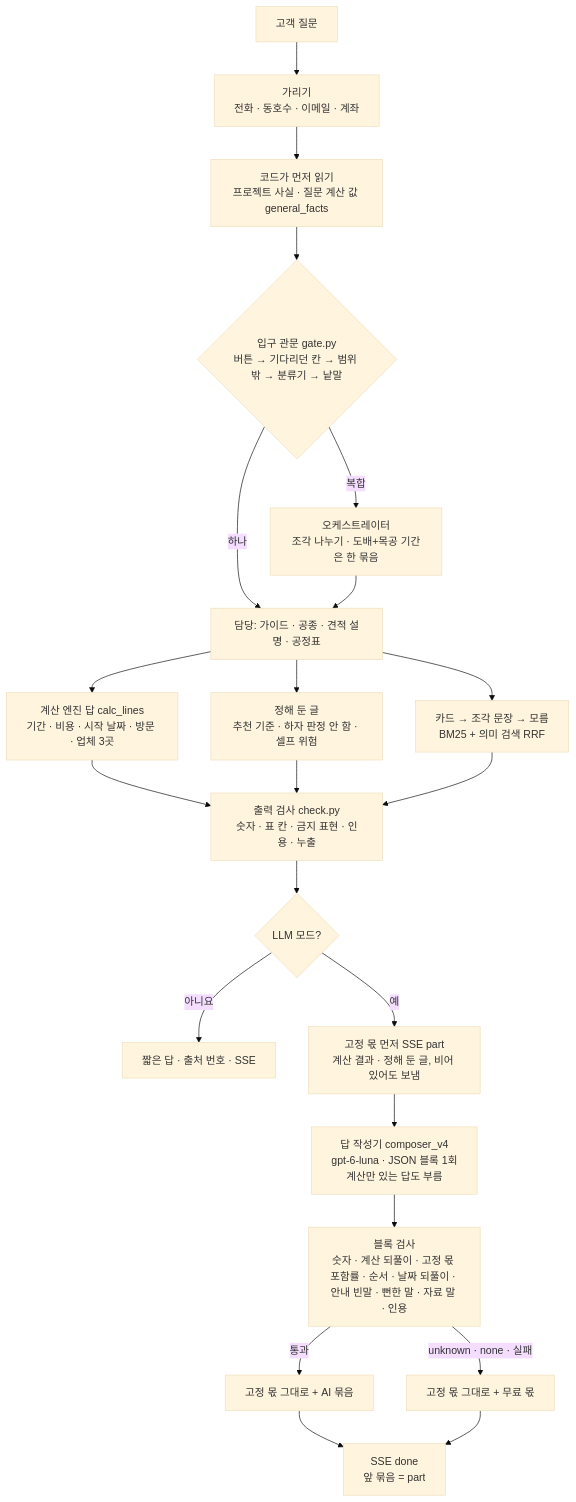
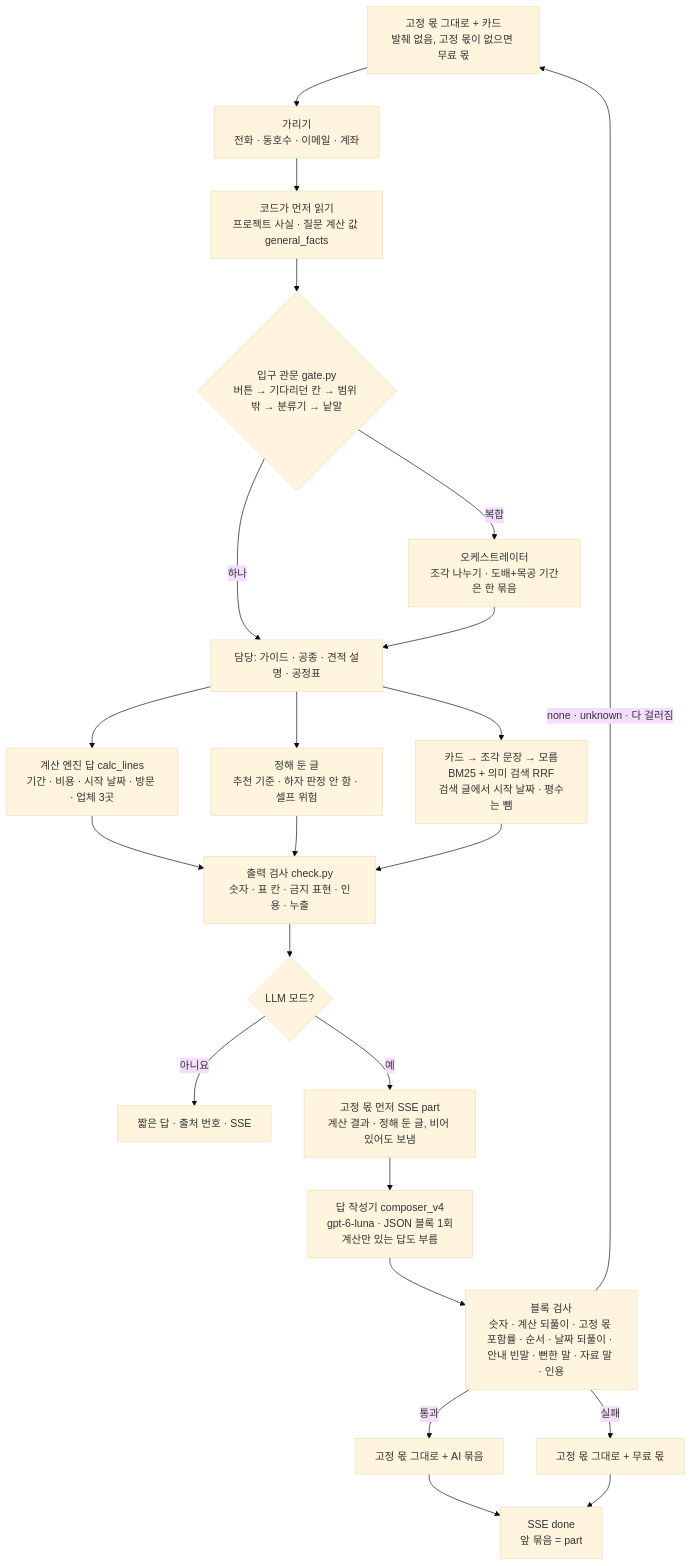
The diagram in docs/v3/agent-answer-format.md (lsm15111/SKN34-FINAL-1TEAM), drawn with Mermaid (base theme) before and after one commit. The commit also changed other lines of this file and 4 other files, not shown here.

First line of the commit message:
fix: LLM 모드에서 작성기가 더할 것이 없으면 무료 발췌를 붙이지 않고 검색 글에서 날짜 · 평수 빼기

````diff
--- a/docs/v3/agent-answer-format.md
+++ b/docs/v3/agent-answer-format.md
@@ -22,21 +22,22 @@
 ```mermaid
 flowchart TD
   Q[고객 질문] --> M[가리기<br/>전화 · 동호수 · 이메일 · 계좌]
   M --> F[코드가 먼저 읽기<br/>프로젝트 사실 · 질문 계산 값 general_facts]
   F --> G{입구 관문 gate.py<br/>버튼 → 기다리던 칸 → 범위 밖 → 분류기 → 낱말}
   G -->|하나| A[담당: 가이드 · 공종 · 견적 설명 · 공정표]
   G -->|복합| O[오케스트레이터<br/>조각 나누기 · 도배+목공 기간은 한 묶음]
   O --> A
   A --> C1[계산 엔진 답 calc_lines<br/>기간 · 비용 · 시작 날짜 · 방문 · 업체 3곳]
   A --> C2[정해 둔 글<br/>추천 기준 · 하자 판정 안 함 · 셀프 위험]
-  A --> C3[카드 → 조각 문장 → 모름<br/>BM25 + 의미 검색 RRF]
+  A --> C3[카드 → 조각 문장 → 모름<br/>BM25 + 의미 검색 RRF<br/>검색 글에서 시작 날짜 · 평수는 뺌]
   C1 & C2 & C3 --> K[출력 검사 check.py<br/>숫자 · 표 칸 · 금지 표현 · 인용 · 누출]
   K --> MODE{LLM 모드?}
   MODE -->|아니요| OUT[짧은 답 · 출처 번호 · SSE]
   MODE -->|예| D[고정 몫 먼저 SSE part<br/>계산 결과 · 정해 둔 글, 비어 있어도 보냄]
   D --> L[답 작성기 composer_v4<br/>gpt-6-luna · JSON 블록 1회<br/>계산만 있는 답도 부름]
   L --> K2[블록 검사<br/>숫자 · 계산 되풀이 · 고정 몫 포함률 · 순서 · 날짜 되풀이 · 안내 빈말 · 뻔한 말 · 자료 말 · 인용]
   K2 -->|통과| P[고정 몫 그대로 + AI 묶음]
-  K2 -->|unknown · none · 실패| R[고정 몫 그대로 + 무료 몫]
+  K2 -->|none · unknown · 다 걸러짐| Q[고정 몫 그대로 + 카드<br/>발췌 없음, 고정 몫이 없으면 무료 몫]
+  K2 -->|실패| R[고정 몫 그대로 + 무료 몫]
   P & R --> OUT2[SSE done<br/>앞 묶음 = part]
 ```
````
